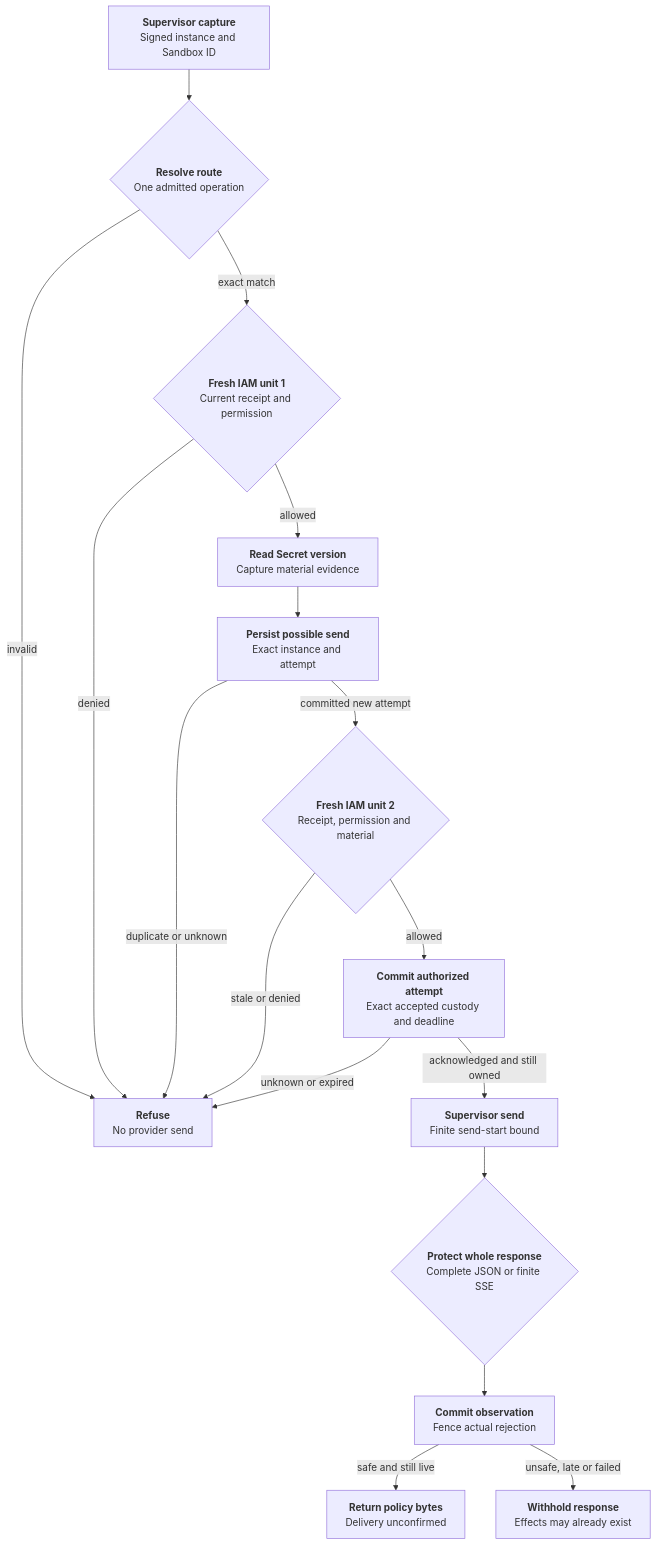
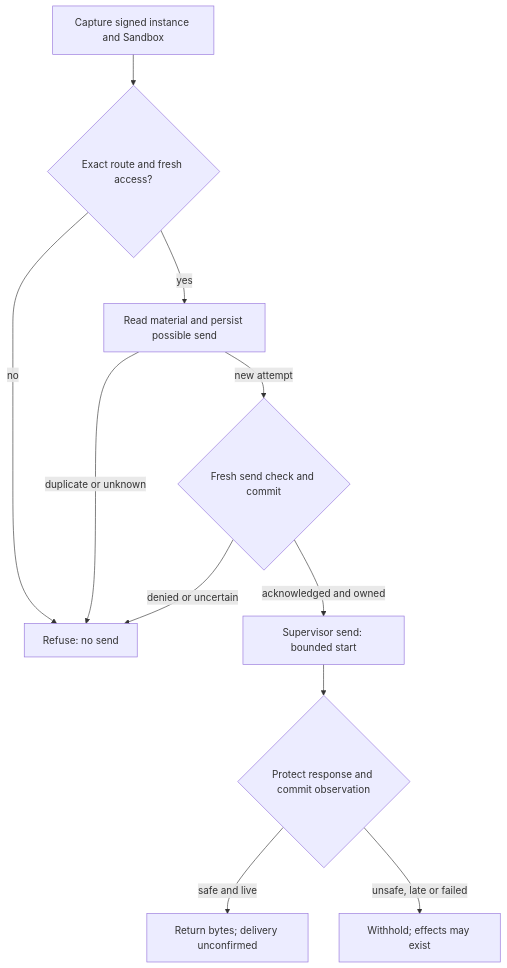
Before and after one commit to openclaw/openclaw-enterprise: the diagram in docs/flows/credential-source-egress.md, drawn with Mermaid. The commit also changed other lines of this file and 90 other files, not shown here.

````diff
--- a/docs/flows/credential-source-egress.md
+++ b/docs/flows/credential-source-egress.md
@@ -44,19 +35,13 @@
 ```mermaid
 graph TD
-  A["<b>Supervisor capture</b><br/>Signed instance and Sandbox ID"] --> B{"<b>Resolve route</b><br/>One admitted operation"}
-  B -- "invalid" --> X["<b>Refuse</b><br/>No provider send"]
-  B -- "exact match" --> C{"<b>Fresh IAM unit 1</b><br/>Current receipt and permission"}
-  C -- "denied" --> X
-  C -- "allowed" --> D["<b>Read Secret version</b><br/>Capture material evidence"]
-  D --> P["<b>Persist possible send</b><br/>Exact instance and attempt"]
-  P -- "duplicate or unknown" --> X
-  P -- "committed new attempt" --> E{"<b>Fresh IAM unit 2</b><br/>Receipt, permission and material"}
-  E -- "stale or denied" --> X
-  E -- "allowed" --> J["<b>Commit authorized attempt</b><br/>Exact accepted custody and deadline"]
-  J -- "unknown or expired" --> X
-  J -- "acknowledged and still owned" --> F["<b>Supervisor send</b><br/>Finite send-start bound"]
-  F --> G{"<b>Protect whole response</b><br/>Complete JSON or finite SSE"}
-  G --> O["<b>Commit observation</b><br/>Fence actual rejection"]
-  O -- "safe and still live" --> H["<b>Return policy bytes</b><br/>Delivery unconfirmed"]
-  O -- "unsafe, late or failed" --> I["<b>Withhold response</b><br/>Effects may already exist"]
+  A["Capture signed instance and Sandbox"] --> B{"Exact route and fresh access?"}
+  B -- "no" --> X["Refuse: no send"]
+  B -- "yes" --> C["Read material and persist possible send"]
+  C -- "duplicate or unknown" --> X
+  C -- "new attempt" --> D{"Fresh send check and commit"}
+  D -- "denied or uncertain" --> X
+  D -- "acknowledged and owned" --> E["Supervisor send: bounded start"]
+  E --> F{"Protect response and commit observation"}
+  F -- "safe and live" --> G["Return bytes; delivery unconfirmed"]
+  F -- "unsafe, late or failed" --> H["Withhold; effects may exist"]
 ```
````
